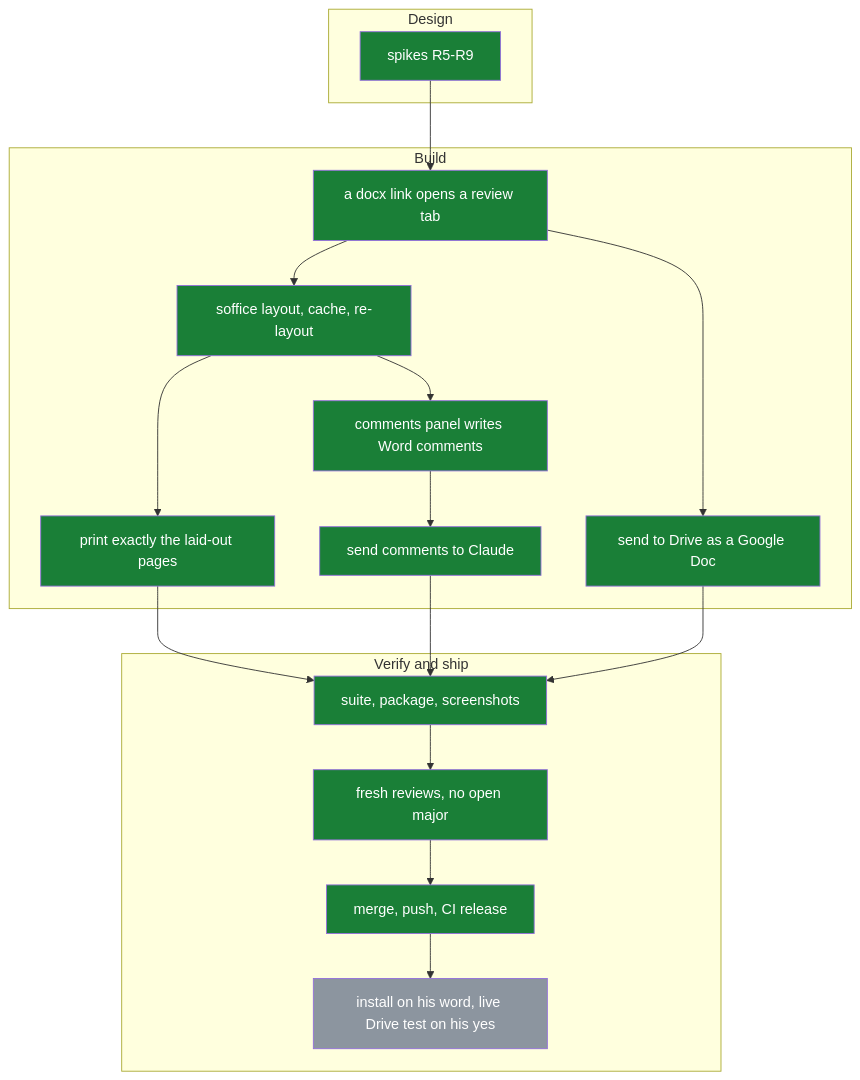
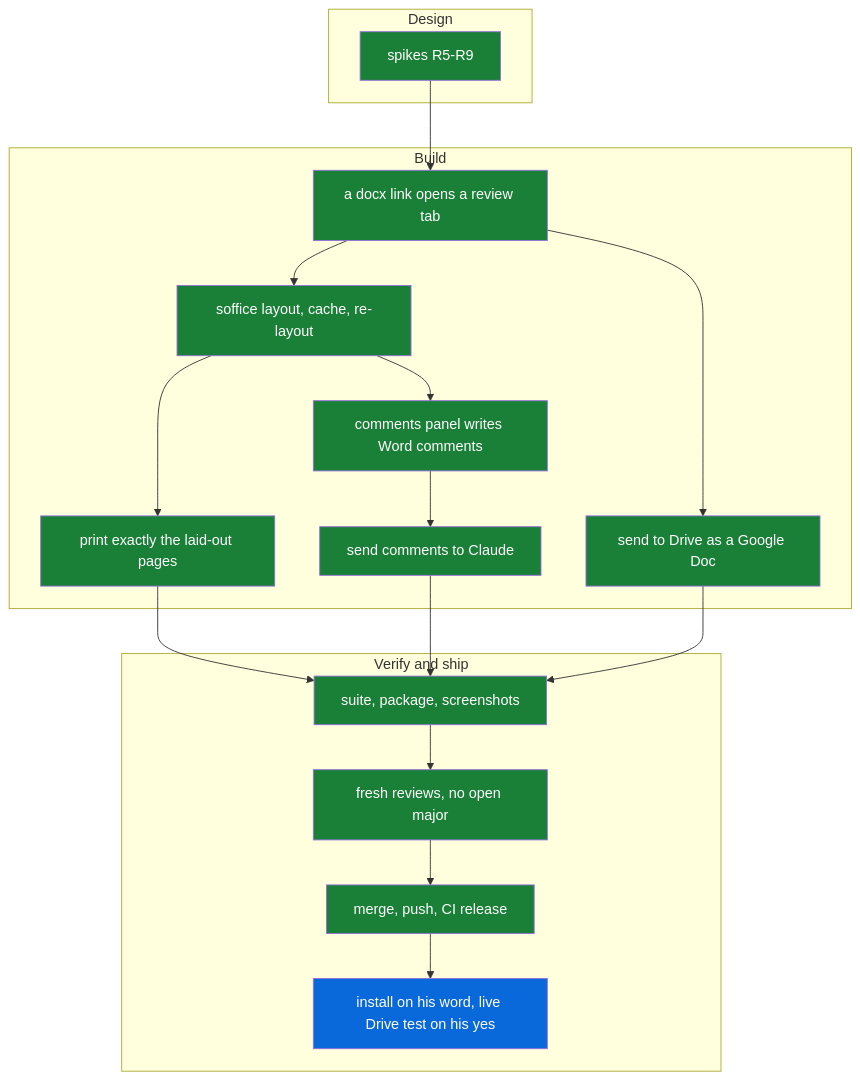
Before and after one commit to michaeljryoung/patton: the diagram in docs/review-tab.md, drawn with Mermaid. The commit also changed other lines of this file and 4 other files, not shown here.

First line of the commit message:
Reality check (S62): okay_button superseded, bar_ship done, review-tab evidence resolvable, rt_ship live

````diff
--- a/docs/review-tab.md
+++ b/docs/review-tab.md
@@ -10,38 +10,38 @@
 ```mermaid
 flowchart TD
   subgraph D["Design"]
     rt_spike[spikes R5-R9]:::done
   end
   subgraph B["Build"]
     rt_open[a docx link opens a review tab]:::done
     rt_layout[soffice layout, cache, re-layout]:::done
     rt_print[print exactly the laid-out pages]:::done
     rt_drive[send to Drive as a Google Doc]:::done
     rt_comments[comments panel writes Word comments]:::done
     rt_claude[send comments to Claude]:::done
   end
   subgraph V["Verify and ship"]
     rt_check[suite, package, screenshots]:::done
     rt_review[fresh reviews, no open major]:::done
     rt_release[merge, push, CI release]:::done
-    rt_ship[install on his word, live Drive test on his yes]:::todo
+    rt_ship[install on his word, live Drive test on his yes]:::live
   end
   rt_spike --> rt_open
   rt_open --> rt_layout
   rt_layout --> rt_print
   rt_layout --> rt_comments
   rt_open --> rt_drive
   rt_comments --> rt_claude
   rt_print --> rt_check
   rt_drive --> rt_check
   rt_claude --> rt_check
   rt_check --> rt_review
   rt_review --> rt_release
   rt_release --> rt_ship
   classDef done fill:#1a7f37,color:#fff
   classDef live fill:#0969da,color:#fff
   classDef todo fill:#8c959f,color:#fff
   classDef blocked fill:#cf222e,color:#fff
   classDef dropped fill:#eaeef2,color:#57606a
   classDef superseded fill:#eaeef2,color:#57606a
 ```
````
